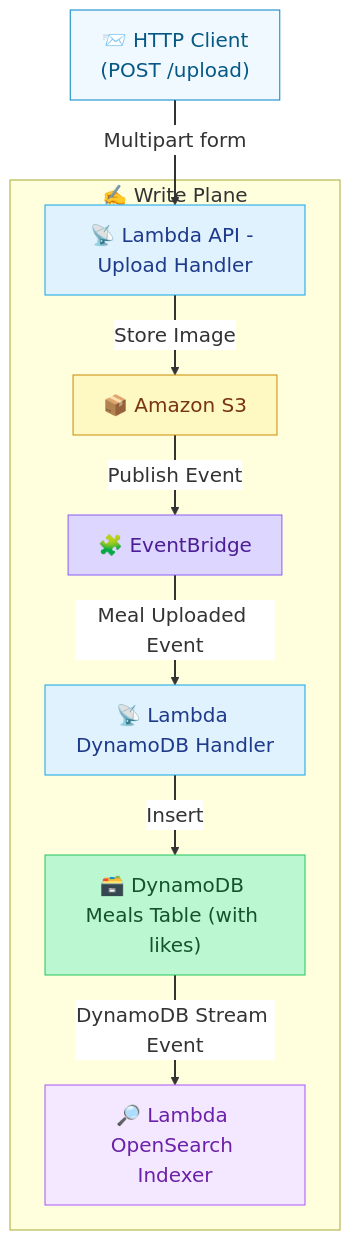
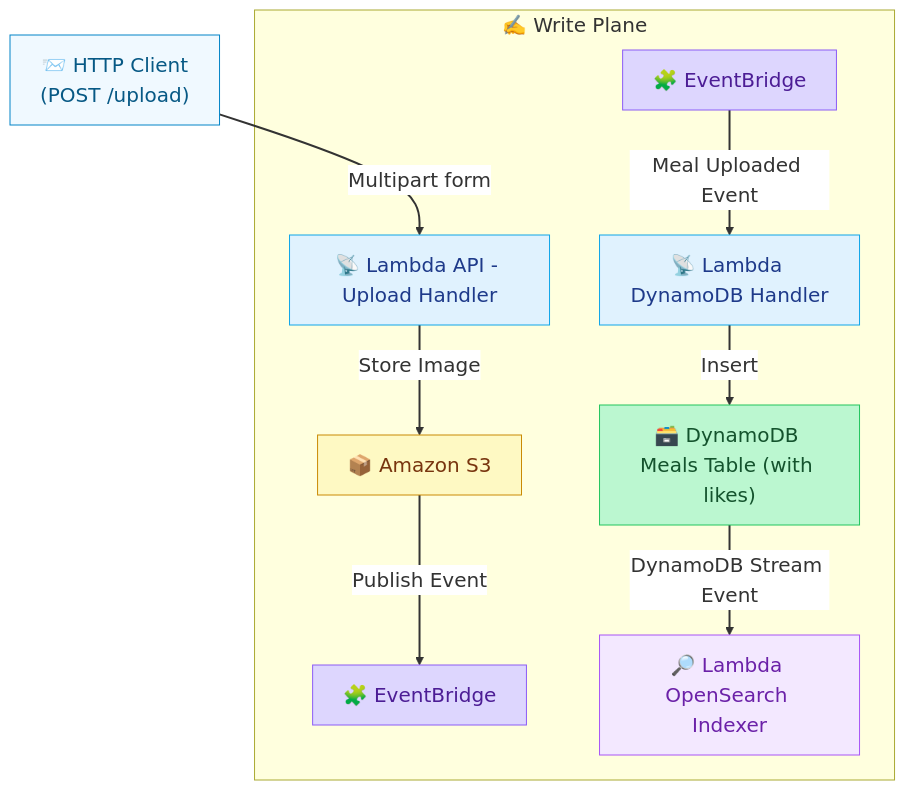
Before and after one commit to Venkat-Gorla/smartmeal-serverless: the diagram in services/docs/write_plane.mmd, drawn with Mermaid. The commit also changed other lines of this file, not shown here.

Commit message:
[mermaid] write plane, have two individual boxes for event bridge, makes it more readable

```diff
--- a/services/docs/write_plane.mmd
+++ b/services/docs/write_plane.mmd
@@ -1,29 +1,30 @@
 %%{init: {"theme": "default", "themeVariables": { "fontSize": "20px", "primaryColor": "#E0F2FE", "edgeLabelBackground":"#ffffff"}}}%%
 flowchart TD
 
   A["📨 HTTP Client<br/>(POST /upload)"]:::client
 
   subgraph WRITE["✍️ Write Plane"]
     B["📡 Lambda API - Upload Handler"]:::lambda
     C["📦 Amazon S3"]:::s3
     D["🧩 EventBridge"]:::event
-    E["📡 Lambda DynamoDB Handler"]:::lambda
-    F["🗃️ DynamoDB Meals Table (with likes)"]:::ddb
-    G["🔎 Lambda OpenSearch Indexer"]:::search
+    E["🧩 EventBridge"]:::event
+    F["📡 Lambda DynamoDB Handler"]:::lambda
+    G["🗃️ DynamoDB Meals Table (with likes)"]:::ddb
+    H["🔎 Lambda OpenSearch Indexer"]:::search
   end
 
   A -->|Multipart form| B
   B -->|Store Image| C
   C -->|Publish Event| D
-  D -->|Meal Uploaded Event| E
-  E -->|Insert| F
-  F -->|DynamoDB Stream Event| G
+  E -->|Meal Uploaded Event| F
+  F -->|Insert| G
+  G -->|DynamoDB Stream Event| H
 
   classDef client fill:#F0F9FF,stroke:#0284C7,color:#075985;
   classDef lambda fill:#E0F2FE,stroke:#0EA5E9,color:#1E3A8A;
   classDef s3 fill:#FEF9C3,stroke:#CA8A04,color:#78350F;
   classDef event fill:#DDD6FE,stroke:#8B5CF6,color:#4C1D95;
   classDef ddb fill:#BBF7D0,stroke:#22C55E,color:#14532D;
   classDef search fill:#F3E8FF,stroke:#A855F7,color:#6B21A8;
 
   linkStyle default stroke-width:2px,fill:none;
```
